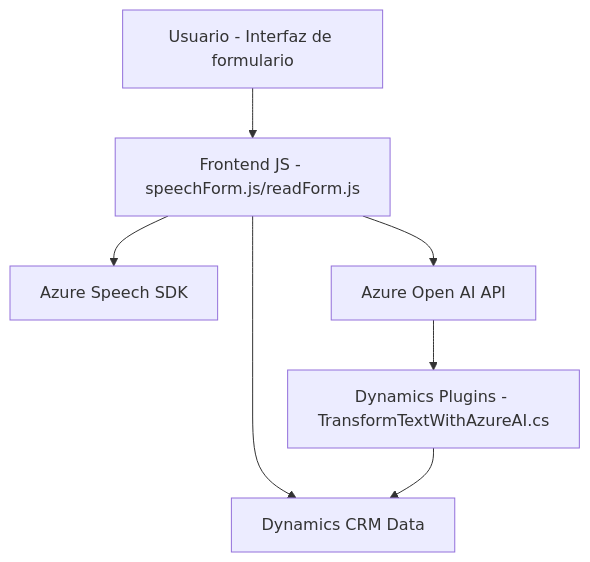
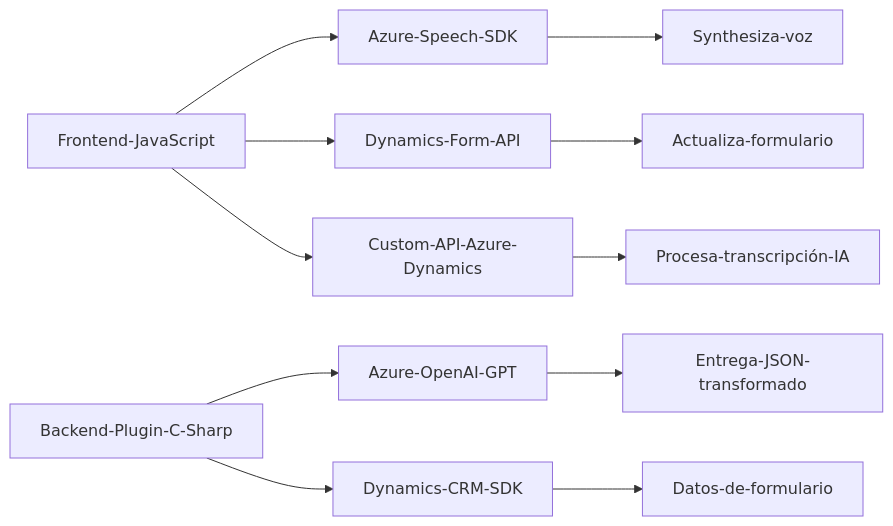
The diagram in README.md (blopezdm/NETCORE_BILBAO2025), drawn with Mermaid before and after one commit. The commit also changed other lines of this file, not shown here.

````diff
--- a/README.md
+++ b/README.md
@@ -37,16 +36,13 @@
 ```mermaid
-graph TD
-  A["Usuario - Interfaz de formulario"]
-  B["Frontend JS - speechForm.js/readForm.js"]
-  C["Azure Speech SDK"]
-  D["Azure Open AI API"]
-  E["Dynamics Plugins - TransformTextWithAzureAI.cs"]
-  F["Dynamics CRM Data"]
-  
-  A --> B
-  B --> C
-  B --> F
-  B --> D
-  D --> E
-  E --> F
+graph LR
+    A["Frontend-JavaScript"] --> B["Azure-Speech-SDK"]
+    A["Frontend-JavaScript"] --> C["Dynamics-Form-API"]
+    B["Azure-Speech-SDK"] --> D["Synthesiza-voz"]
+    C["Dynamics-Form-API"] --> E["Actualiza-formulario"]
+    A["Frontend-JavaScript"] --> F["Custom-API-Azure-Dynamics"]
+    F["Custom-API-Azure-Dynamics"] --> G["Procesa-transcripción-IA"]
+    H["Backend-Plugin-C-Sharp"] --> I["Azure-OpenAI-GPT"]
+    H["Backend-Plugin-C-Sharp"] --> J["Dynamics-CRM-SDK"]
+    I["Azure-OpenAI-GPT"] --> K["Entrega-JSON-transformado"]
+    J["Dynamics-CRM-SDK"] --> L["Datos-de-formulario"]
 ```
````
